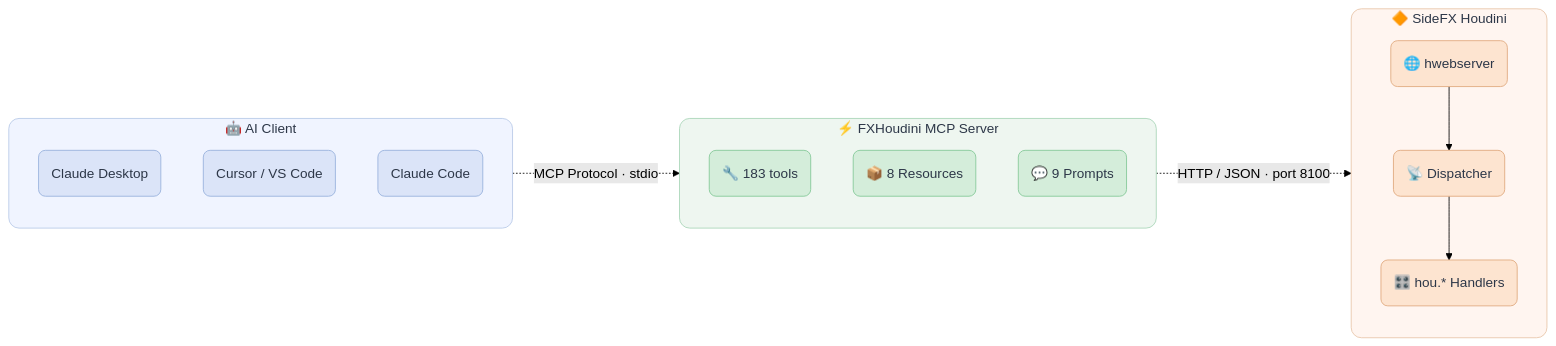
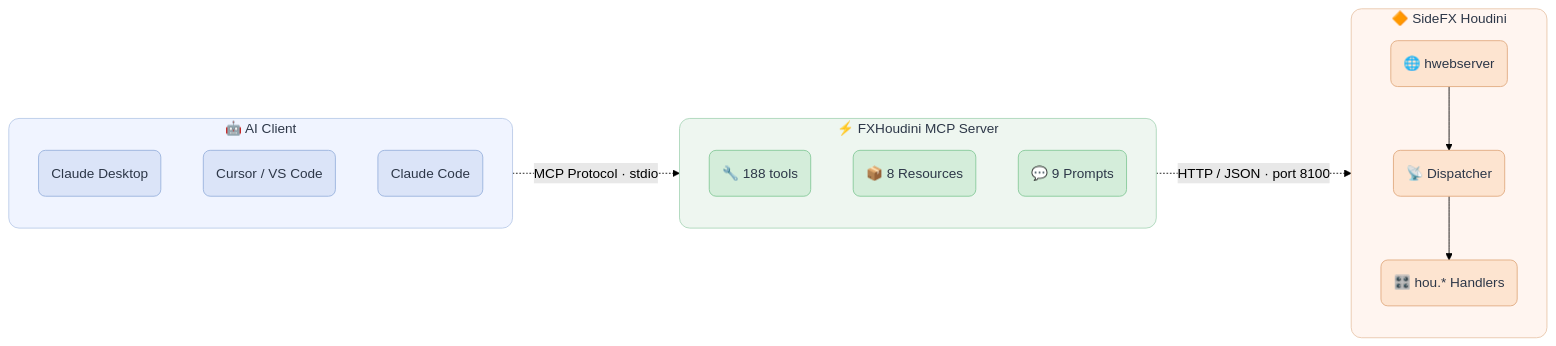
The diagram in README.md (Ced04826/fxhoudinimcp), drawn with Mermaid (forest theme) before and after one commit. The commit also changed other lines of this file and 46 other files, not shown here.

````diff
--- a/README.md
+++ b/README.md
@@ -89,42 +90,42 @@
 ```mermaid
 flowchart LR
     subgraph Client[" 🤖 AI Client "]
         direction TB
         A1("Claude Desktop")
         A2("Cursor / VS Code")
         A3("Claude Code")
     end
 
     subgraph MCP[" ⚡ FXHoudini MCP Server "]
         direction TB
-        B1("🔧 183 tools")
+        B1("🔧 188 tools")
         B2("📦 8 Resources")
         B3("💬 9 Prompts")
     end
 
     subgraph Houdini[" 🔶 SideFX Houdini "]
         direction TB
         C1("🌐 hwebserver")
         C2("📡 Dispatcher")
         C3("🎛️ hou.* Handlers")
         C1 --> C2 --> C3
     end
 
     Client -. "MCP Protocol · stdio" .-> MCP
     MCP -. "HTTP / JSON · port 8100" .-> Houdini
 
     classDef clientBox fill:#f0f4ff,stroke:#b8c9e8,stroke-width:1px,color:#2d3748,rx:12,ry:12
     classDef mcpBox fill:#eef6f0,stroke:#a8d5b8,stroke-width:1px,color:#2d3748,rx:12,ry:12
     classDef houdiniBox fill:#fff5f0,stroke:#e8c4a8,stroke-width:1px,color:#2d3748,rx:12,ry:12
 
     classDef clientNode fill:#dbe4f8,stroke:#96b0dc,stroke-width:1px,color:#2d3748,rx:8,ry:8
     classDef mcpNode fill:#d4edda,stroke:#82c896,stroke-width:1px,color:#2d3748,rx:8,ry:8
     classDef houdiniNode fill:#fde4d0,stroke:#e0a87c,stroke-width:1px,color:#2d3748,rx:8,ry:8
 
     class Client clientBox
     class MCP mcpBox
     class Houdini houdiniBox
     class A1,A2,A3 clientNode
     class B1,B2,B3 mcpNode
     class C1,C2,C3 houdiniNode
 ```
````
